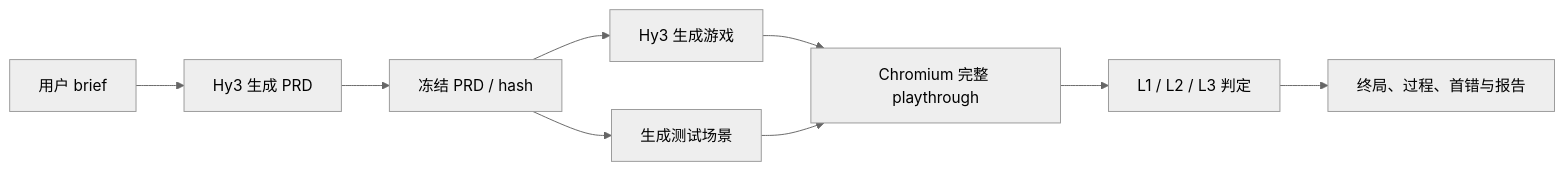
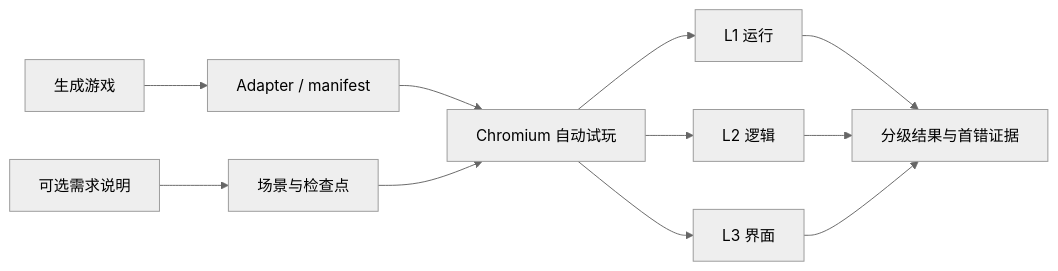
Before and after one commit to yu-xin-c/hy3-game-test-lab: the diagram in docs/proposal.md, drawn with Mermaid (neutral theme). The commit also changed other lines of this file and 65 other files, not shown here.

````diff
--- a/docs/proposal.md
+++ b/docs/proposal.md
@@ -19,11 +19,9 @@
 ```mermaid
 flowchart LR
-  A["用户 brief"] --> B["Hy3 生成 PRD"]
-  B --> C["冻结 PRD / hash"]
-  C --> D["Hy3 生成游戏"]
-  C --> E["生成测试场景"]
-  D --> F["Chromium 完整 playthrough"]
-  E --> F
-  F --> G["L1 / L2 / L3 判定"]
-  G --> H["终局、过程、首错与报告"]
+  G["生成游戏"] --> A["Adapter / manifest"]
+  S["可选需求说明"] --> P["场景与检查点"]
+  A --> B["Chromium 自动试玩"]
+  P --> B
+  B --> L1["L1 运行"] & L2["L2 逻辑"] & L3["L3 界面"]
+  L1 & L2 & L3 --> R["分级结果与首错证据"]
 ```
````
